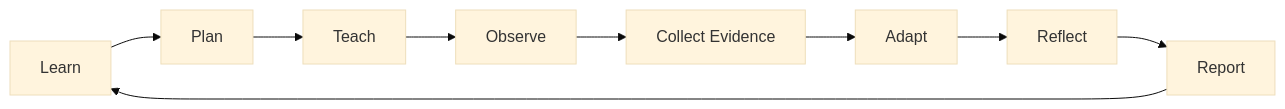
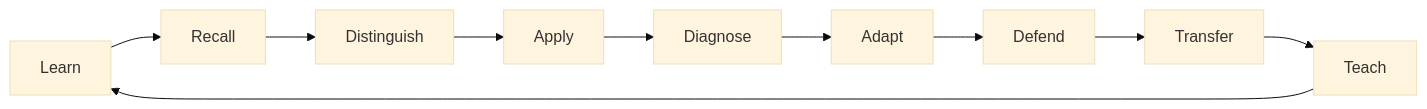
Before and after one commit to Gh0stlyKn1ght/Marzano-Learning-Map: the diagram in README.md, drawn with Mermaid (base theme). The commit also changed other lines of this file, not shown here.

````diff
--- a/README.md
+++ b/README.md
@@ -31,11 +44,12 @@
 ```mermaid
 graph LR
-    A[Learn] --> B[Plan]
-    B --> C[Teach]
-    C --> D[Observe]
-    D --> E[Collect Evidence]
+    A[Learn] --> B[Recall]
+    B --> C[Distinguish]
+    C --> D[Apply]
+    D --> E[Diagnose]
     E --> F[Adapt]
-    F --> G[Reflect]
-    G --> H[Report]
-    H --> A
+    F --> G[Defend]
+    G --> H[Transfer]
+    H --> I[Teach]
+    I --> A
 ```
````
